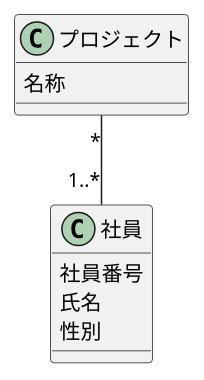
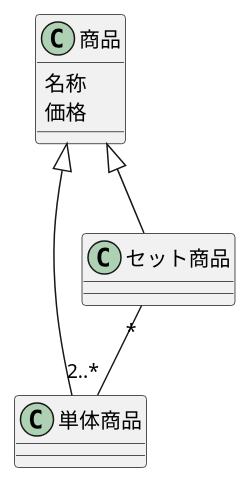
Before and after one commit to yinm/uml-modeling-lesson: the diagram in ch05/sample.puml, drawn with PlantUML.

Commit message:
Add lesson15

```diff
--- a/ch05/sample.puml
+++ b/ch05/sample.puml
@@ -1,15 +1,18 @@
 @startuml
 
-class プロジェクト {
+class 商品 {
   名称
+  価格
 }
 
-class 社員 {
-  社員番号
-  氏名
-  性別
+class 単体商品 {
 }
 
-プロジェクト "*"--"1..*" 社員
+class セット商品 {
+}
+
+商品 <|-- 単体商品
+商品 <|-- セット商品
+セット商品 "*"--"2..*" 単体商品
 
 @enduml
```
